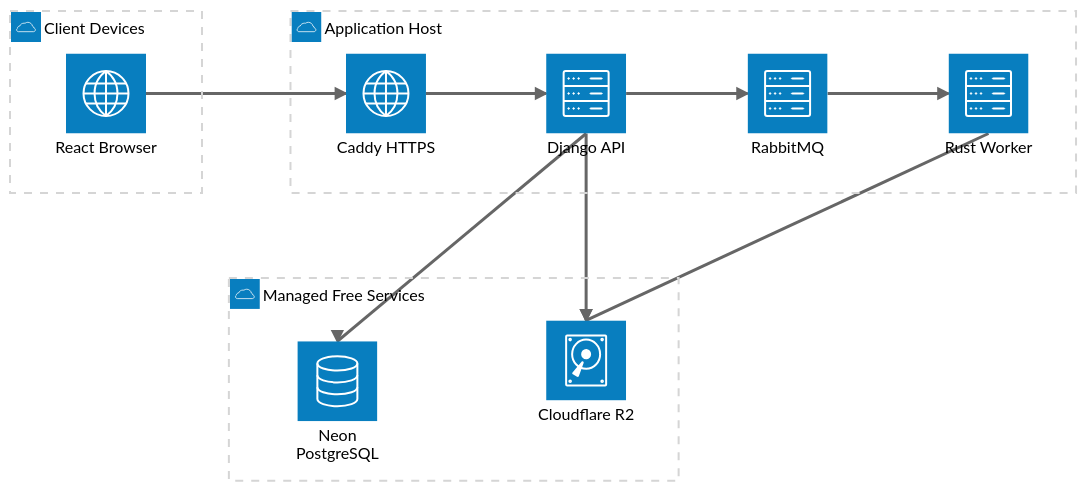
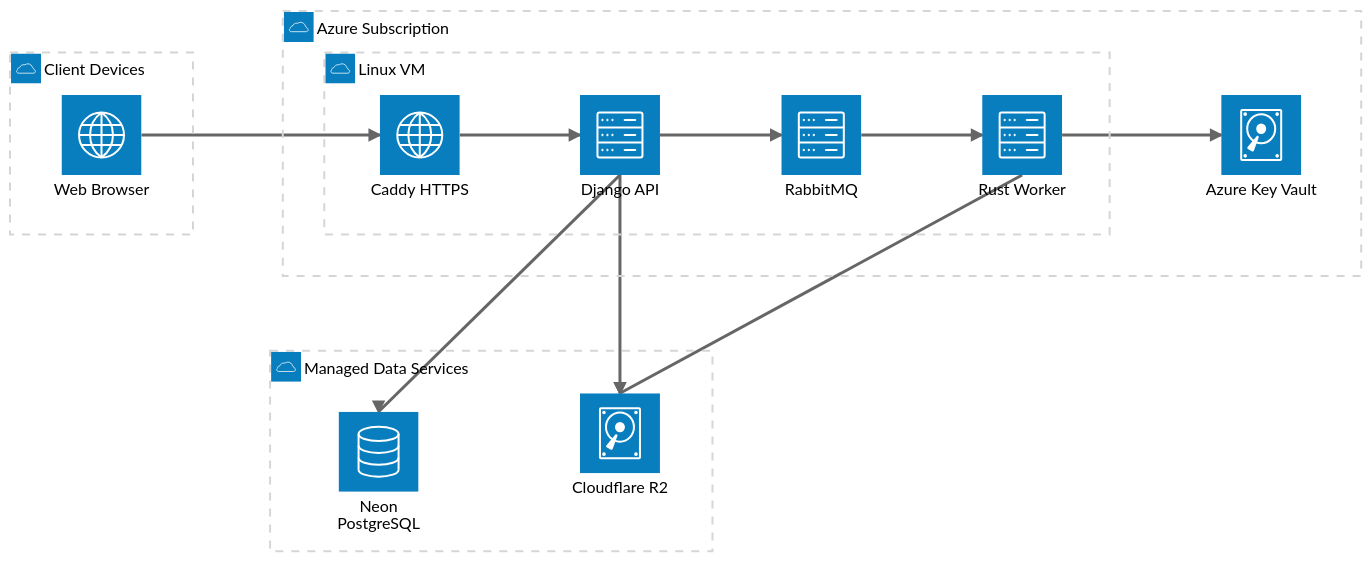
The first of 4 diagrams in docs/superpowers/specs/2026-08-13-splitbind-production-design.md (qivarnq3g/splitbind), drawn with Mermaid (neutral theme) before and after one commit. The commit also changed other lines of this file and 42 other files, not shown here.

````diff
--- a/docs/superpowers/specs/2026-08-13-splitbind-production-design.md
+++ b/docs/superpowers/specs/2026-08-13-splitbind-production-design.md
@@ -113,22 +135,25 @@
 ```mermaid
 architecture-beta
     group clients(cloud)[Client Devices]
-    group app(cloud)[Application Host]
-    group managed(cloud)[Managed Free Services]
+    group azure(cloud)[Azure Subscription]
+    group app(cloud)[Linux VM] in azure
+    group managed(cloud)[Managed Data Services]
 
-    service browser(internet)[React Browser] in clients
+    service browser(internet)[Web Browser] in clients
     service caddy(internet)[Caddy HTTPS] in app
     service django(server)[Django API] in app
     service rabbit(server)[RabbitMQ] in app
     service worker(server)[Rust Worker] in app
     service postgres(database)[Neon PostgreSQL] in managed
     service r2(disk)[Cloudflare R2] in managed
+    service vault(disk)[Azure Key Vault] in azure
 
     browser:R --> L:caddy
     caddy:R --> L:django
     django:B --> T:postgres
     django:R --> L:rabbit
     rabbit:R --> L:worker
     worker:B --> T:r2
     django:B --> T:r2
+    worker:R --> L:vault
 ```
````
